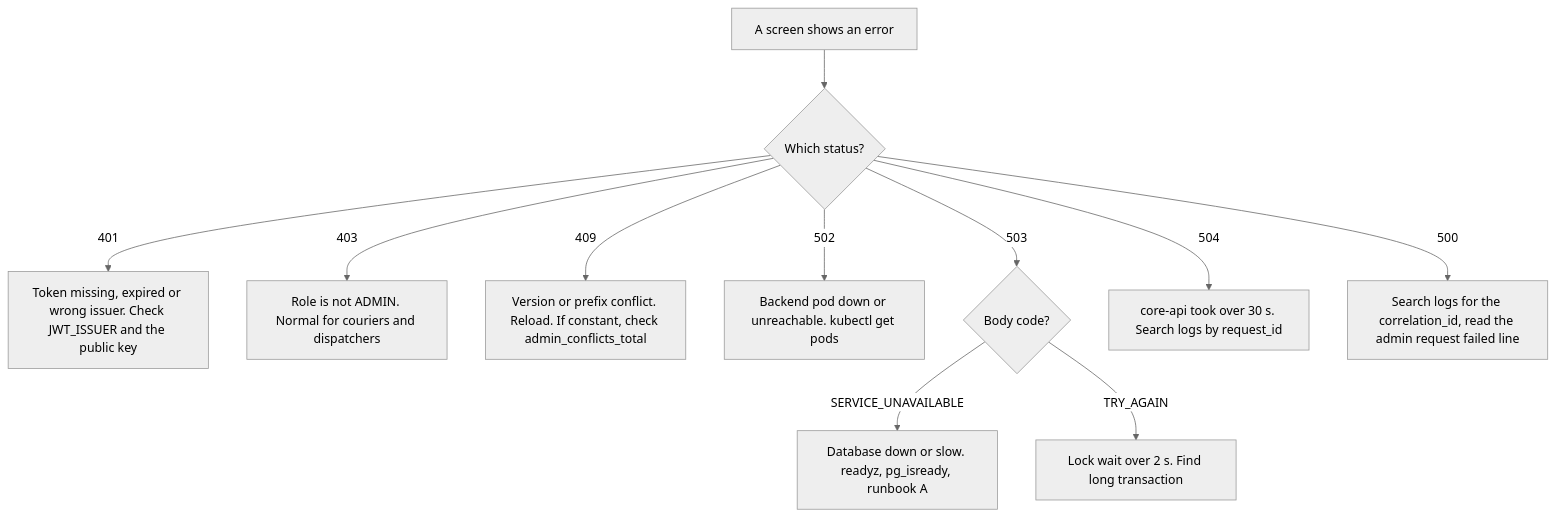
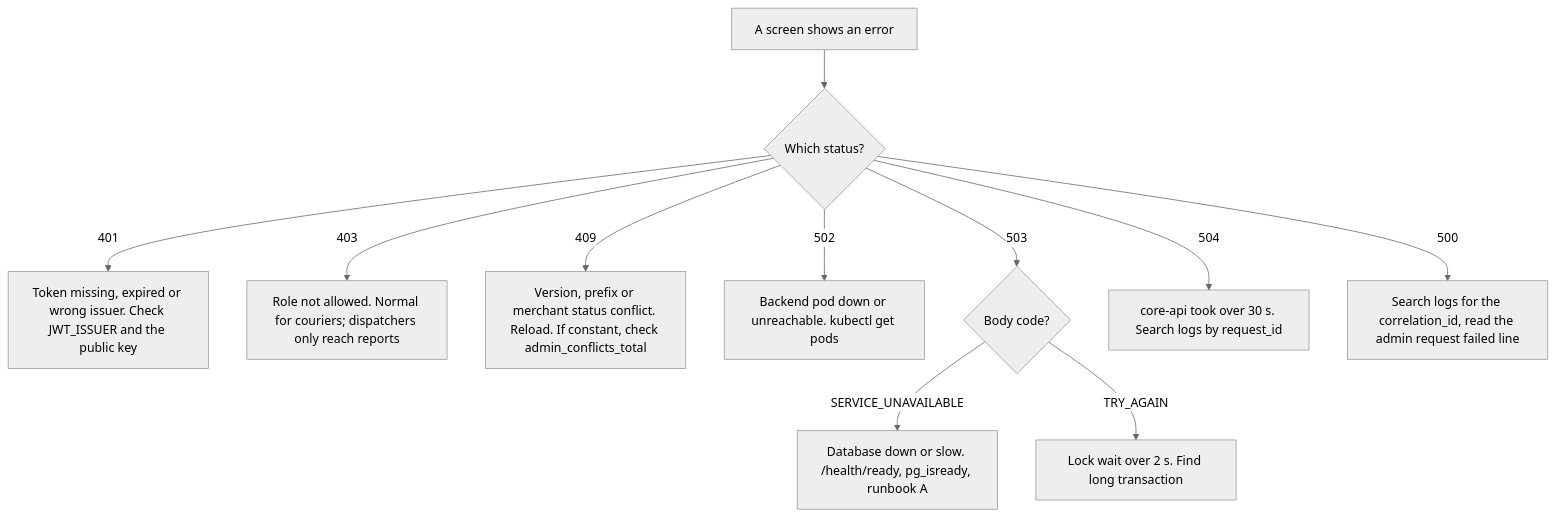
Before and after one commit to phantomTroupeEAD/SwiftDrop: the fifth of 6 diagrams in docs/drafts/member-07-dispatcher-admin-web-gateway/doc-08-implementation-deployment-and-ops.md, drawn with Mermaid (neutral theme). The commit also changed other lines of this file and 125 other files, not shown here.

````diff
--- a/docs/drafts/member-07-dispatcher-admin-web-gateway/doc-08-implementation-deployment-and-ops.md
+++ b/docs/drafts/member-07-dispatcher-admin-web-gateway/doc-08-implementation-deployment-and-ops.md
@@ -541,13 +566,13 @@
 ```mermaid
 flowchart TD
     S["A screen shows an error"] --> Q{"Which status?"}
     Q -->|"401"| A1["Token missing, expired or wrong issuer. Check JWT_ISSUER and the public key"]
-    Q -->|"403"| A2["Role is not ADMIN. Normal for couriers and dispatchers"]
-    Q -->|"409"| A3["Version or prefix conflict. Reload. If constant, check admin_conflicts_total"]
+    Q -->|"403"| A2["Role not allowed. Normal for couriers; dispatchers only reach reports"]
+    Q -->|"409"| A3["Version, prefix or merchant status conflict. Reload. If constant, check admin_conflicts_total"]
     Q -->|"502"| A4["Backend pod down or unreachable. kubectl get pods"]
     Q -->|"503"| A5{"Body code?"}
-    A5 -->|"SERVICE_UNAVAILABLE"| A6["Database down or slow. readyz, pg_isready, runbook A"]
+    A5 -->|"SERVICE_UNAVAILABLE"| A6["Database down or slow. /health/ready, pg_isready, runbook A"]
     A5 -->|"TRY_AGAIN"| A7["Lock wait over 2 s. Find long transaction"]
     Q -->|"504"| A8["core-api took over 30 s. Search logs by request_id"]
     Q -->|"500"| A9["Search logs for the correlation_id, read the admin request failed line"]
 ```
````
